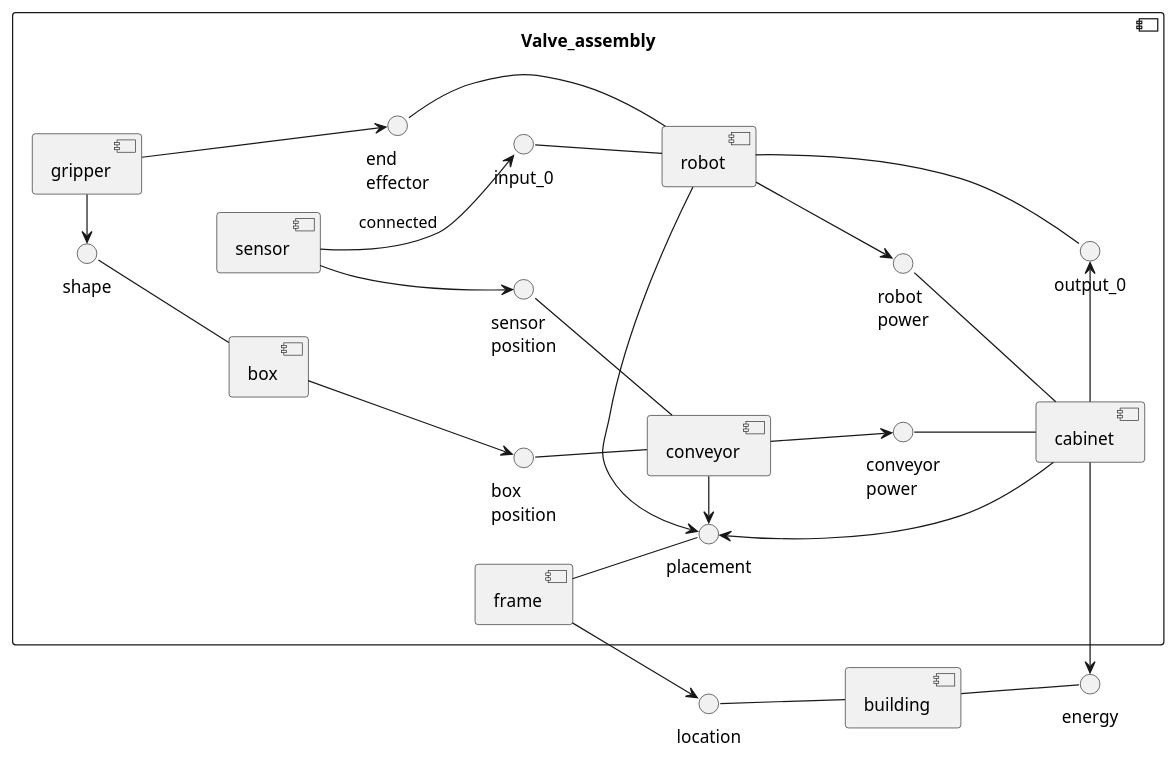
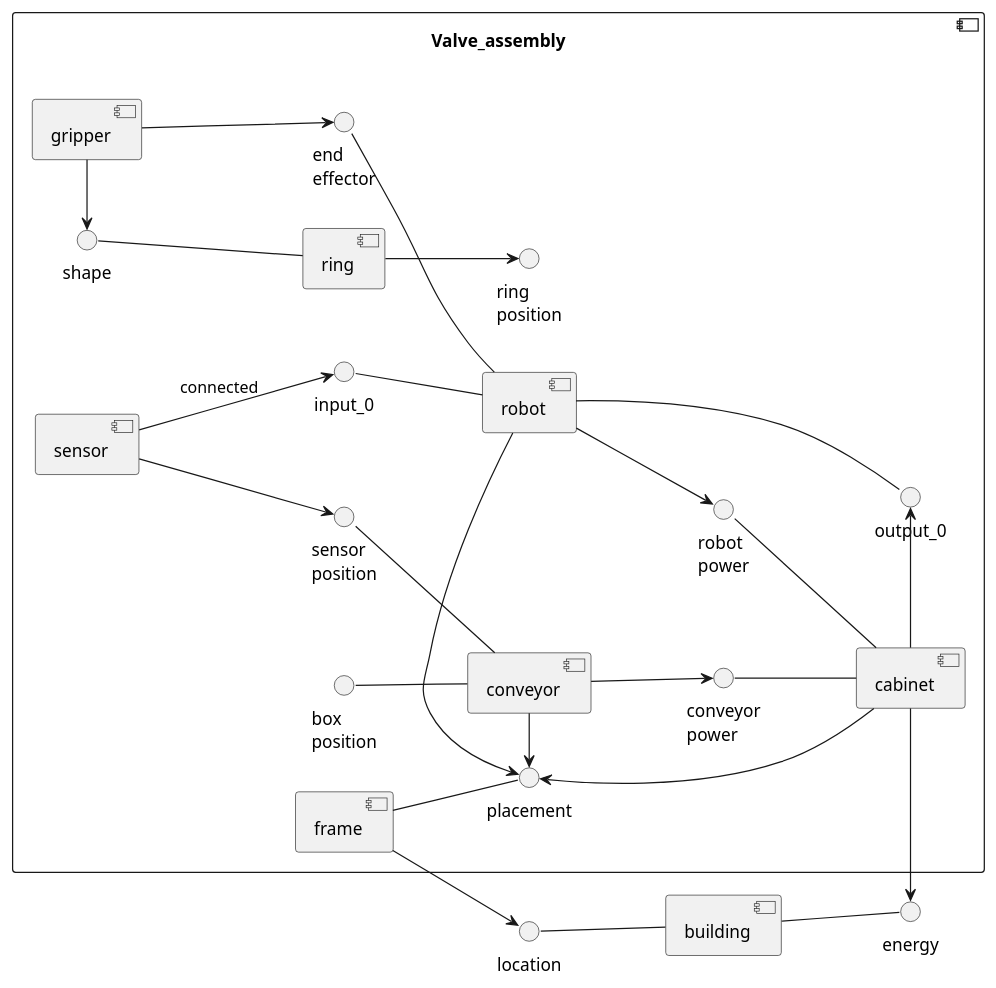
One commit to Timon14kraan/Project-Proces-and-Safety changed the second of 2 diagrams in src/Introduction.md. Above: the diagram before and after it, drawn with PlantUML.

````diff
--- a/src/Introduction.md
+++ b/src/Introduction.md
@@ -65,55 +65,55 @@
 ```plantuml
 @startuml Process_and_Safety
 skinparam backgroundColor transparent
 left to right direction
 'skinparam linetype ortho
 
 component Valve_assembly {
     
     [frame]
     () placement -u- frame
     [robot]
     () input_0 -- robot
     () output_0 -- robot
     () "end\neffector" -- robot
 
     [sensor]
     sensor --> input_0 : connected
     sensor --> "sensor\nposition"
     
     robot -> placement
 
     [cabinet]
     () "robot\npower" -- cabinet
     () "conveyor\npower" -- cabinet
    
     cabinet -u-> placement
     robot --> "robot\npower"
     cabinet -r-> output_0
     
     [conveyor]
     () "sensor\nposition" -- conveyor
     () "box\nposition" -- conveyor
     conveyor -> placement
     conveyor --> "conveyor\npower"
 
-    [box]
-    () shape -- box
+    [ring]
+    () shape -- ring
     
     [gripper]
     gripper -l-> shape
     
-    box --> "box\nposition"
+    ring --> "ring\nposition"
     gripper --> "end\neffector"
 }
 
 [building]
 
 () energy -l- building
 () location -d- building
 
 frame --> location
 cabinet -r-> energy
 
 @enduml
 ```
````
